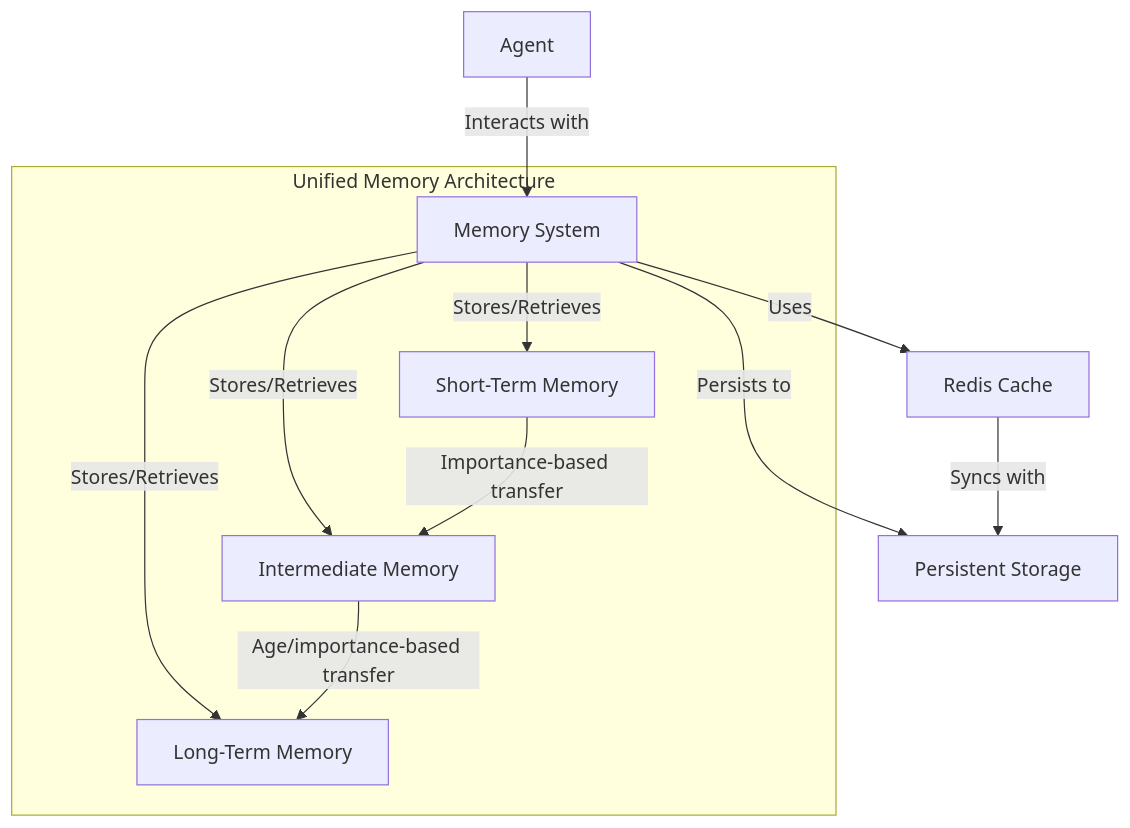
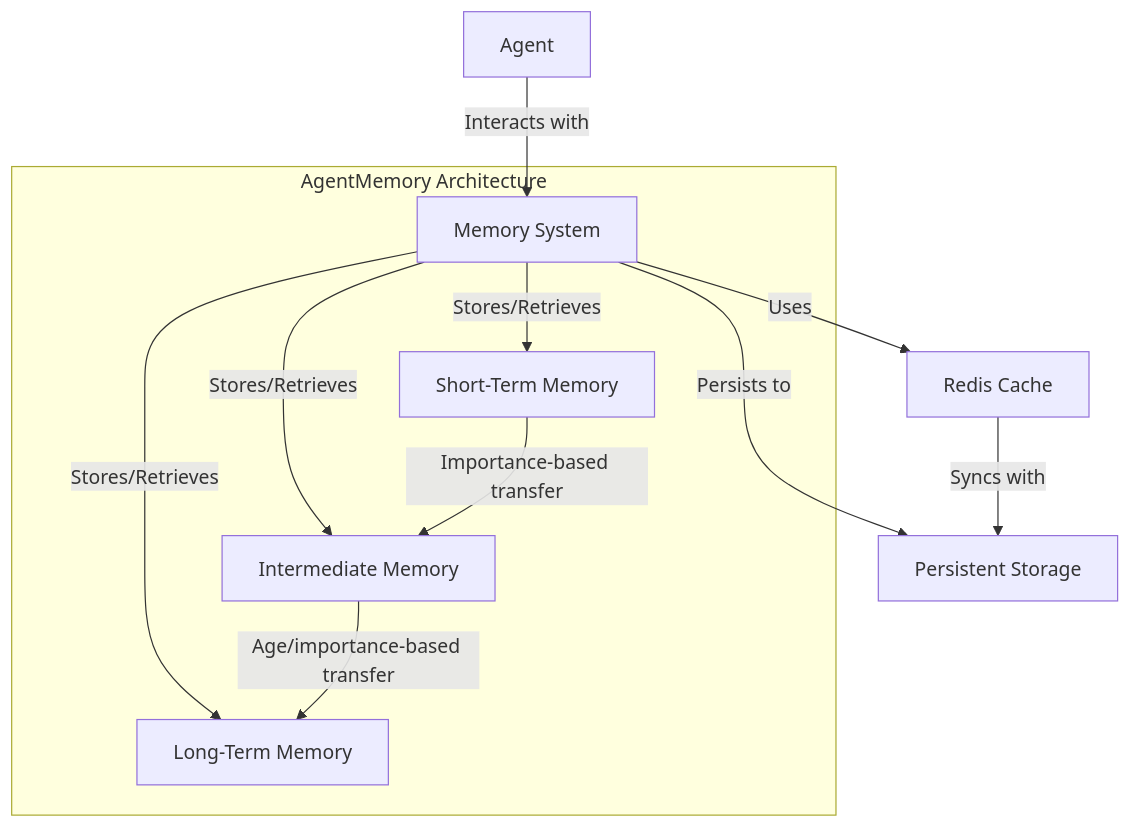
The first of 5 diagrams in docs/research/agent_state_memory/diagrams/unified_memory_architecture.md (Dooders/AgentFarm), drawn with Mermaid before and after one commit. The commit also changed other lines of this file and 14 other files, not shown here.

First line of the commit message:
feat: Add comprehensive Redis schemas and API documentation for AgentMemory

````diff
--- a/docs/research/agent_state_memory/diagrams/unified_memory_architecture.md
+++ b/docs/research/agent_state_memory/diagrams/unified_memory_architecture.md
@@ -5,18 +5,18 @@
 ```mermaid
 graph TD
     Agent[Agent] --> |Interacts with| MS[Memory System]
     
-    subgraph "Unified Memory Architecture"
+    subgraph "AgentMemory Architecture"
         MS --> |Stores/Retrieves| STM[Short-Term Memory]
         MS --> |Stores/Retrieves| IM[Intermediate Memory]
         MS --> |Stores/Retrieves| LTM[Long-Term Memory]
         
         STM --> |Importance-based transfer| IM
         IM --> |Age/importance-based transfer| LTM
     end
     
     MS --> |Uses| Redis[Redis Cache]
     MS --> |Persists to| DB[Persistent Storage]
     
     Redis --> |Syncs with| DB
 ```
````
